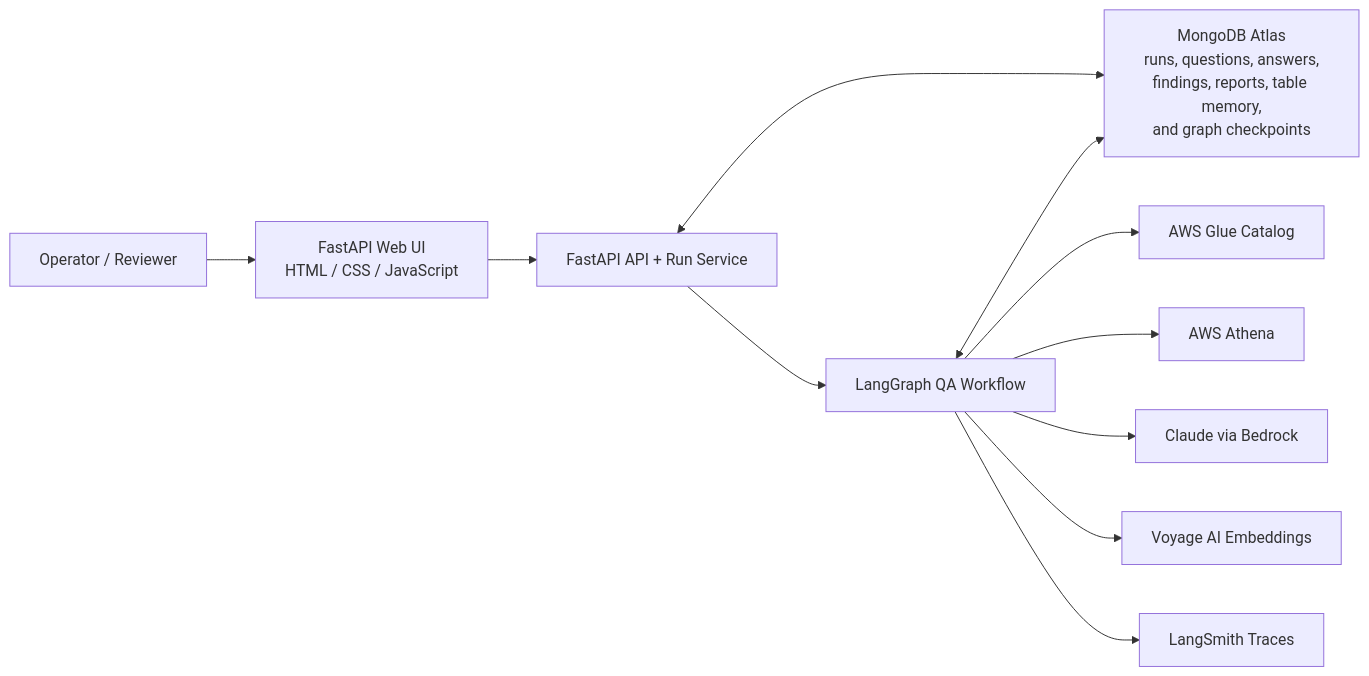
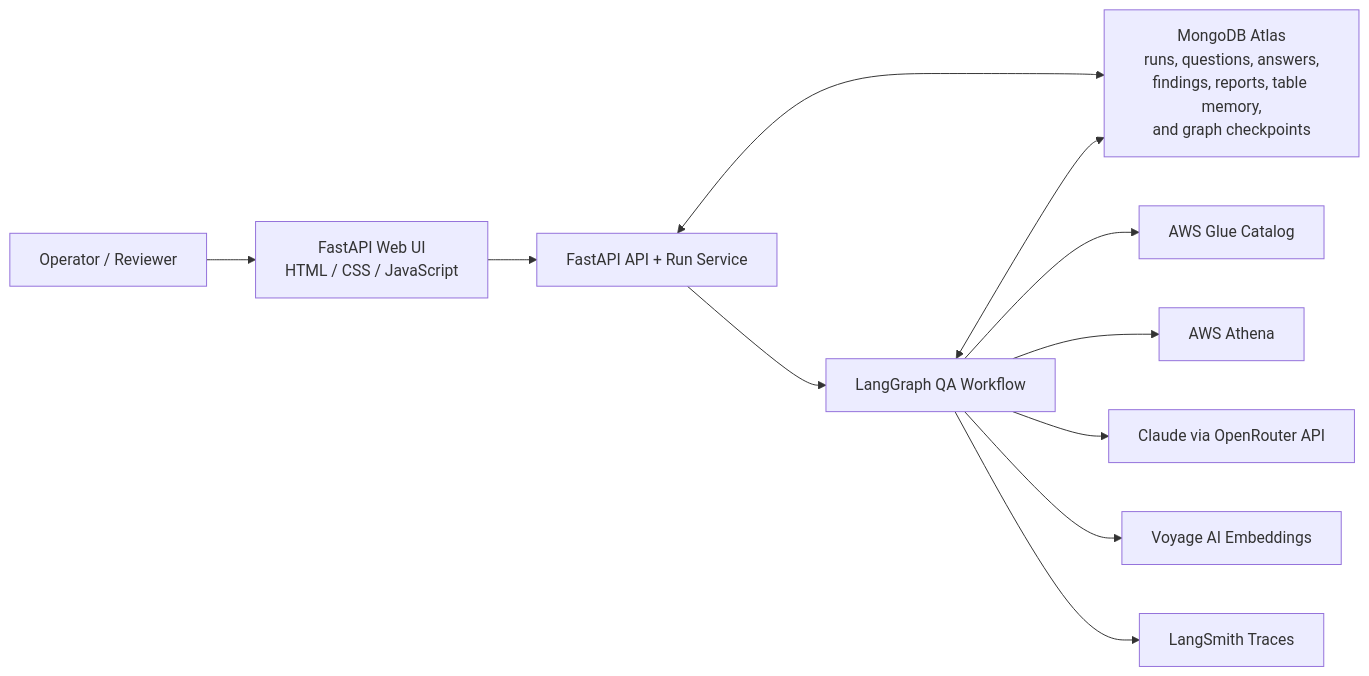
Before and after one commit to butlerwill1/data-pipeline-qa-agent: the first of 2 diagrams in README.md, drawn with Mermaid. The commit also changed other lines of this file and 1 other file, not shown here.

Commit message:
Mermaid Diagram correction

````diff
--- a/README.md
+++ b/README.md
@@ -45,24 +45,24 @@
 ```mermaid
 flowchart LR
     Operator["Operator / Reviewer"]
     UI["FastAPI Web UI<br/>HTML / CSS / JavaScript"]
     API["FastAPI API + Run Service"]
     Graph["LangGraph QA Workflow"]
     Mongo["MongoDB Atlas<br/>runs, questions, answers,<br/>findings, reports, table memory,<br/>and graph checkpoints"]
     Glue["AWS Glue Catalog"]
     Athena["AWS Athena"]
-    LLM["Claude via Bedrock"]
+    LLM["Claude via OpenRouter API"]
     Voyage["Voyage AI Embeddings"]
     LangSmith["LangSmith Traces"]
 
     Operator --> UI
     UI --> API
     API --> Graph
     API <--> Mongo
     Graph <--> Mongo
     Graph --> Glue
     Graph --> Athena
     Graph --> LLM
     Graph --> Voyage
     Graph --> LangSmith
 ```
````
